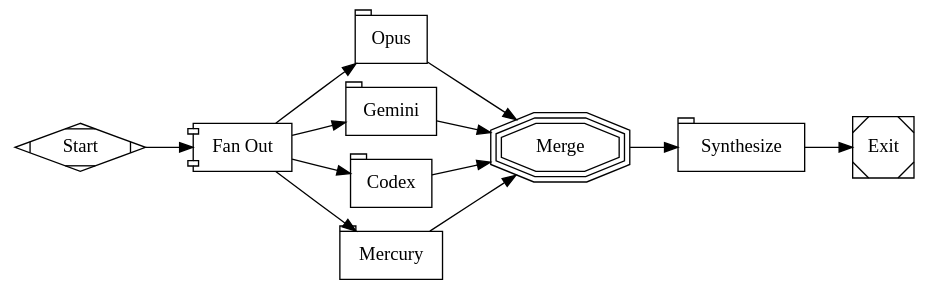
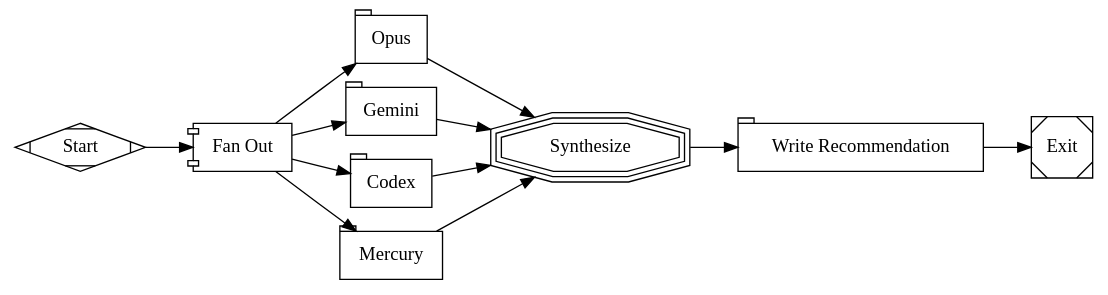
One commit to nickmeehan/ichiba changed the diagram in plugins/fabro/fabro-docs/tutorials/ensemble.md. Above: the diagram before and after it, drawn with Graphviz. The commit also changed other lines of this file and 155 other files, not shown here.

````diff
--- a/plugins/fabro/fabro-docs/tutorials/ensemble.md
+++ b/plugins/fabro/fabro-docs/tutorials/ensemble.md
@@ -17,39 +17,39 @@
 ```dot title="ensemble.fabro" theme={"languages":{"custom":["/languages/dot.json","/languages/fabro.json"]}}
 digraph Ensemble {
     graph [
         goal="Get independent opinions from multiple providers, then synthesize",
         model_stylesheet="
             #opus    { model: claude-opus-4-6;      }
             #gemini  { model: gemini-3.1-pro-preview;}
             #codex   { model: gpt-5.4;              }
             #mercury { model: mercury-2;             provider: inception; }
             #synth   { model: claude-opus-4-6;      reasoning_effort: high; }
         "
     ]
     rankdir=LR
 
     start [shape=Mdiamond, label="Start"]
     exit  [shape=Msquare, label="Exit"]
 
-    fork [label="Fan Out", shape=component, join_policy="wait_all"]
+    fork [label="Fan Out", shape=component]
 
     opus    [label="Opus",    prompt="Analyze the goal. Provide your independent assessment, recommendations, and any code or prose needed. Be thorough.", shape=tab]
     gemini  [label="Gemini",  prompt="Analyze the goal. Provide your independent assessment, recommendations, and any code or prose needed. Be thorough.", shape=tab]
     codex   [label="Codex",   prompt="Analyze the goal. Provide your independent assessment, recommendations, and any code or prose needed. Be thorough.", shape=tab]
     mercury [label="Mercury", prompt="Analyze the goal. Provide your independent assessment, recommendations, and any code or prose needed. Be thorough.", shape=tab]
 
-    merge [label="Merge", shape=tripleoctagon]
-    synth [label="Synthesize", prompt="You have received independent analyses from four different models (Opus, Gemini, Codex, Mercury). Compare their perspectives: identify consensus, highlight disagreements, and synthesize the strongest ideas into a single coherent recommendation. Note where models agreed and where they diverged.", shape=tab]
+    merge [label="Synthesize", shape=tripleoctagon, prompt="Compare every branch result: identify consensus, highlight disagreements, and synthesize the strongest ideas into one recommendation. Note where models agreed and diverged."]
+    synth [label="Write Recommendation", prompt="Write the synthesized analysis as a single coherent recommendation.", shape=tab]
 
     start -> fork
     fork -> opus
     fork -> gemini
     fork -> codex
     fork -> mercury
     opus    -> merge
     gemini  -> merge
     codex   -> merge
     mercury -> merge
     merge -> synth -> exit
 }
 ```
````
